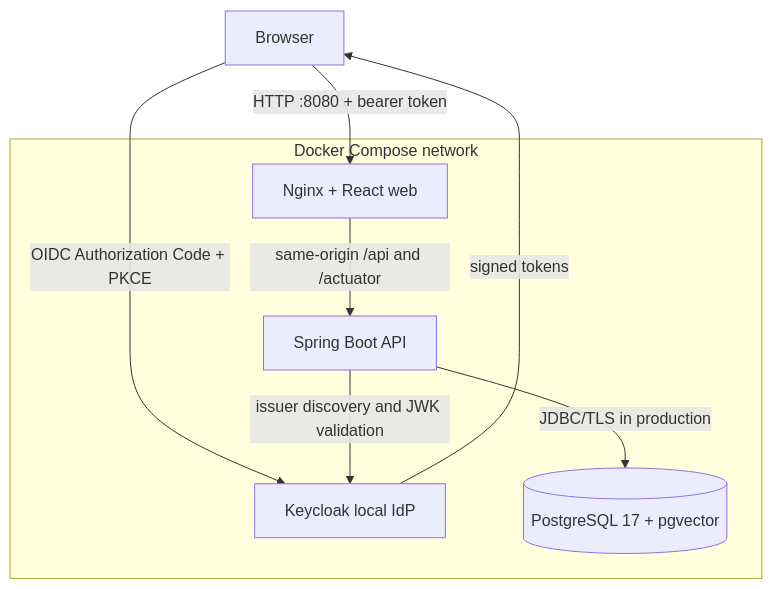
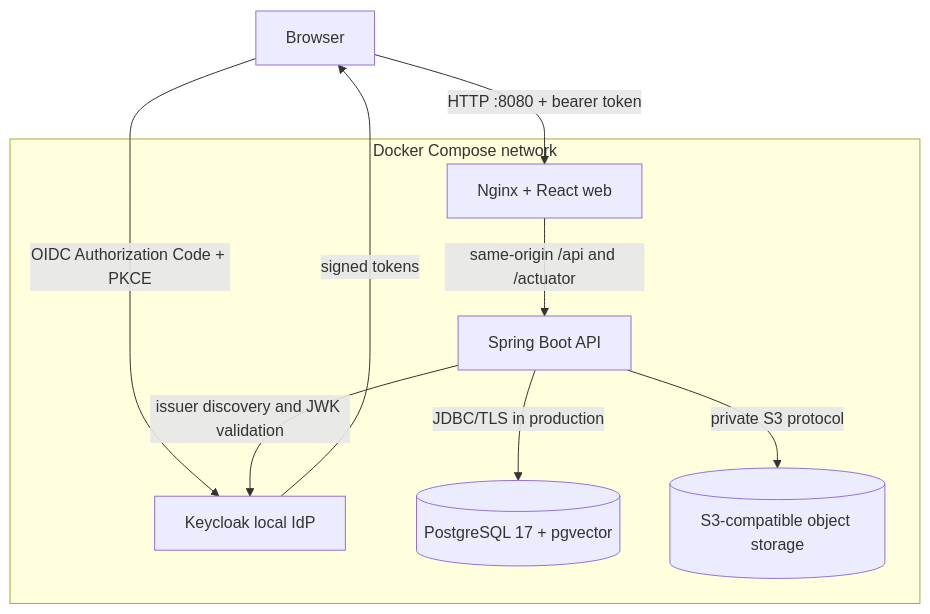
The second of 2 diagrams in docs/architecture/context.md (Yanziki/enterprise-ai-knowledge-ops-platform), drawn with Mermaid before and after one commit. The commit also changed other lines of this file and 3 other files, not shown here.

````diff
--- a/docs/architecture/context.md
+++ b/docs/architecture/context.md
@@ -23,16 +24,18 @@
 ```mermaid
 flowchart TB
   Browser["Browser"] -->|"OIDC Authorization Code + PKCE"| IdP["Keycloak local IdP"]
   IdP -->|"signed tokens"| Browser
   Browser -->|"HTTP :8080 + bearer token"| Web["Nginx + React web"]
   Web -->|"same-origin /api and /actuator"| API["Spring Boot API"]
   API -->|"issuer discovery and JWK validation"| IdP
   API -->|"JDBC/TLS in production"| DB[("PostgreSQL 17 + pgvector")]
+  API -->|"private S3 protocol"| Objects[("S3-compatible object storage")]
 
   subgraph Host["Docker Compose network"]
     Web
     API
     DB
     IdP
+    Objects
   end
 ```
````
